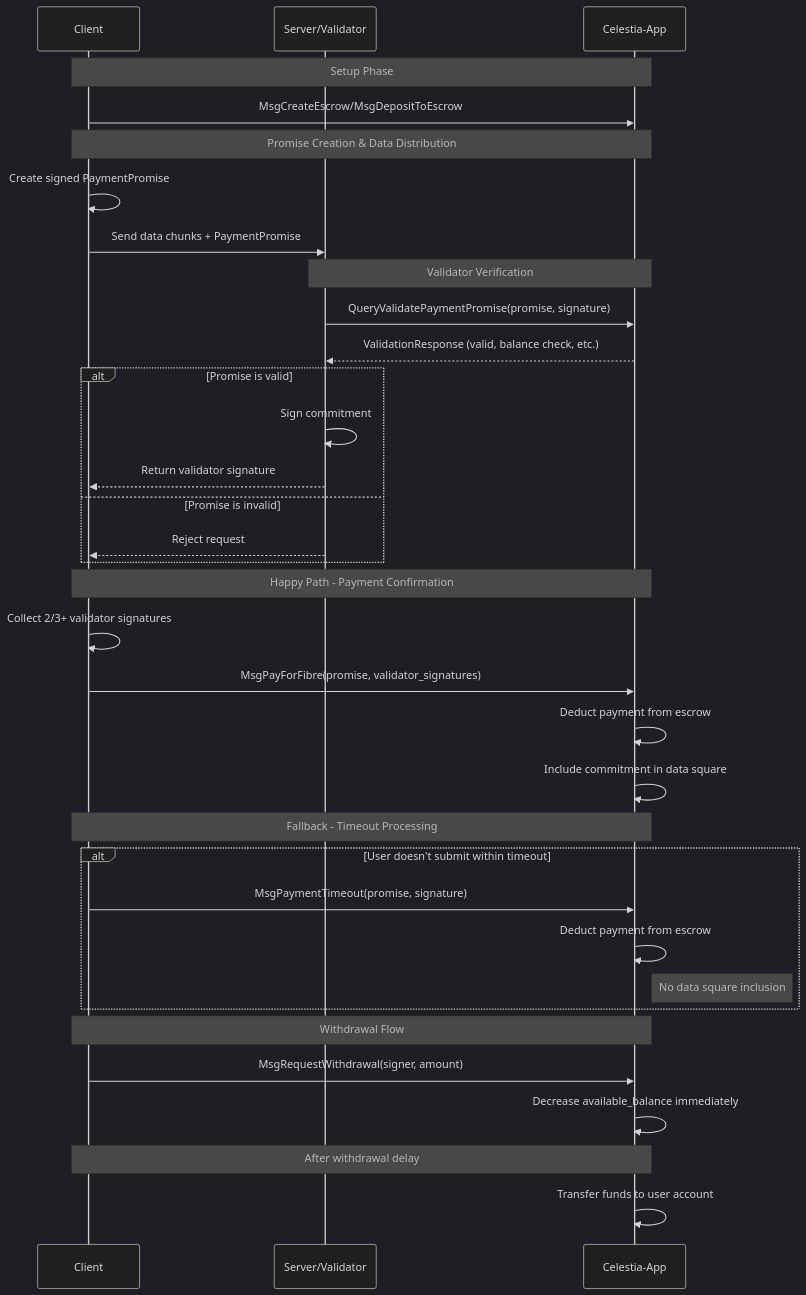
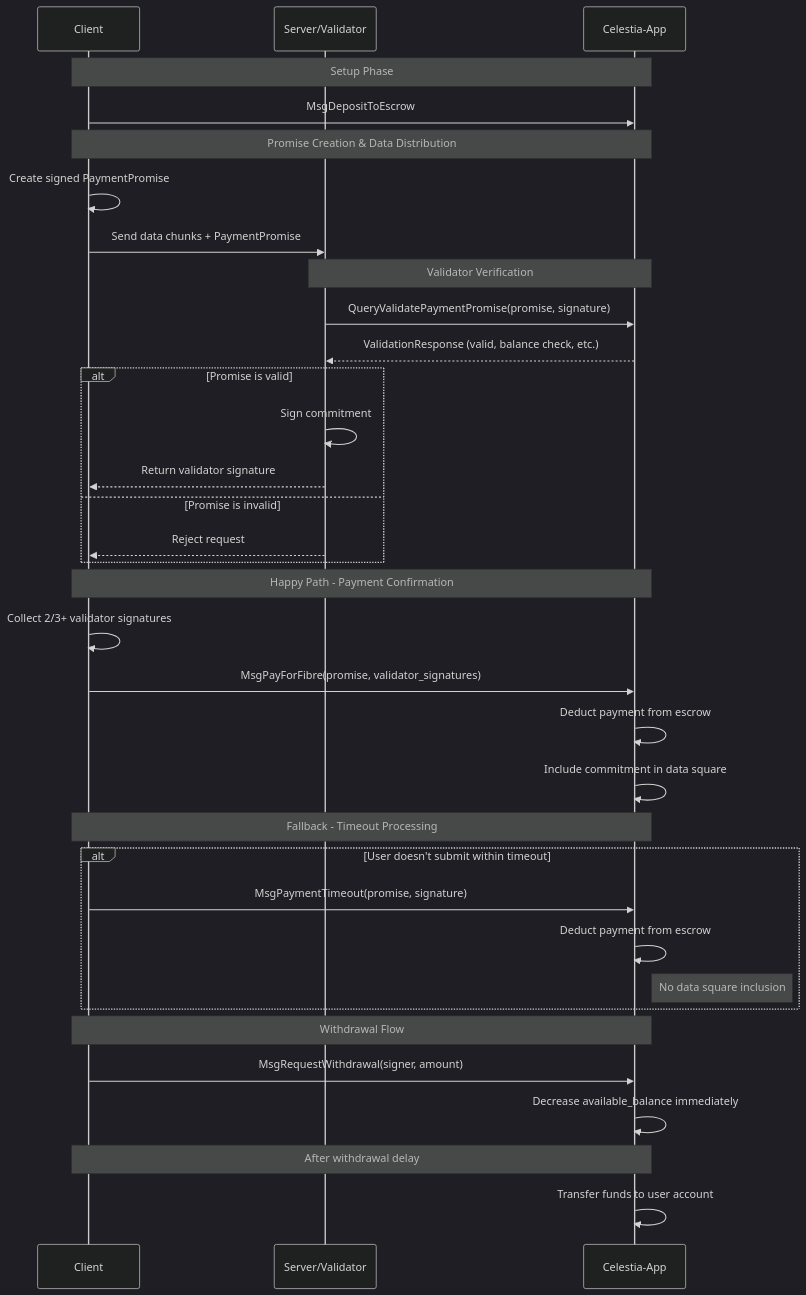
Before and after one commit to celestiaorg/celestia-app: the diagram in spec.md, drawn with Mermaid (dark theme). The commit also changed other lines of this file, not shown here.

Commit message:
refactor!: delete create escrow

````diff
--- a/spec.md
+++ b/spec.md
@@ -340,44 +315,44 @@
 ```mermaid
 sequenceDiagram
     participant C as Client
     participant S as Server/Validator
     participant A as Celestia-App
 
     Note over C,A: Setup Phase
-    C->>A: MsgCreateEscrow/MsgDepositToEscrow
+    C->>A: MsgDepositToEscrow
 
     Note over C,A: Promise Creation & Data Distribution
     C->>C: Create signed PaymentPromise
     C->>S: Send data chunks + PaymentPromise
 
     Note over S,A: Validator Verification
     S->>A: QueryValidatePaymentPromise(promise, signature)
     A-->>S: ValidationResponse (valid, balance check, etc.)
 
     alt Promise is valid
         S->>S: Sign commitment
         S-->>C: Return validator signature
     else Promise is invalid
         S-->>C: Reject request
     end
 
     Note over C,A: Happy Path - Payment Confirmation
     C->>C: Collect 2/3+ validator signatures
     C->>A: MsgPayForFibre(promise, validator_signatures)
     A->>A: Deduct payment from escrow
     A->>A: Include commitment in data square
 
     Note over C,A: Fallback - Timeout Processing
     alt User doesn't submit within timeout
         C->>A: MsgPaymentTimeout(promise, signature)
         A->>A: Deduct payment from escrow
         Note right of A: No data square inclusion
     end
 
     Note over C,A: Withdrawal Flow
     C->>A: MsgRequestWithdrawal(signer, amount)
     A->>A: Decrease available_balance immediately
 
     Note over C,A: After withdrawal delay
     A->>A: Transfer funds to user account
 ```
````
